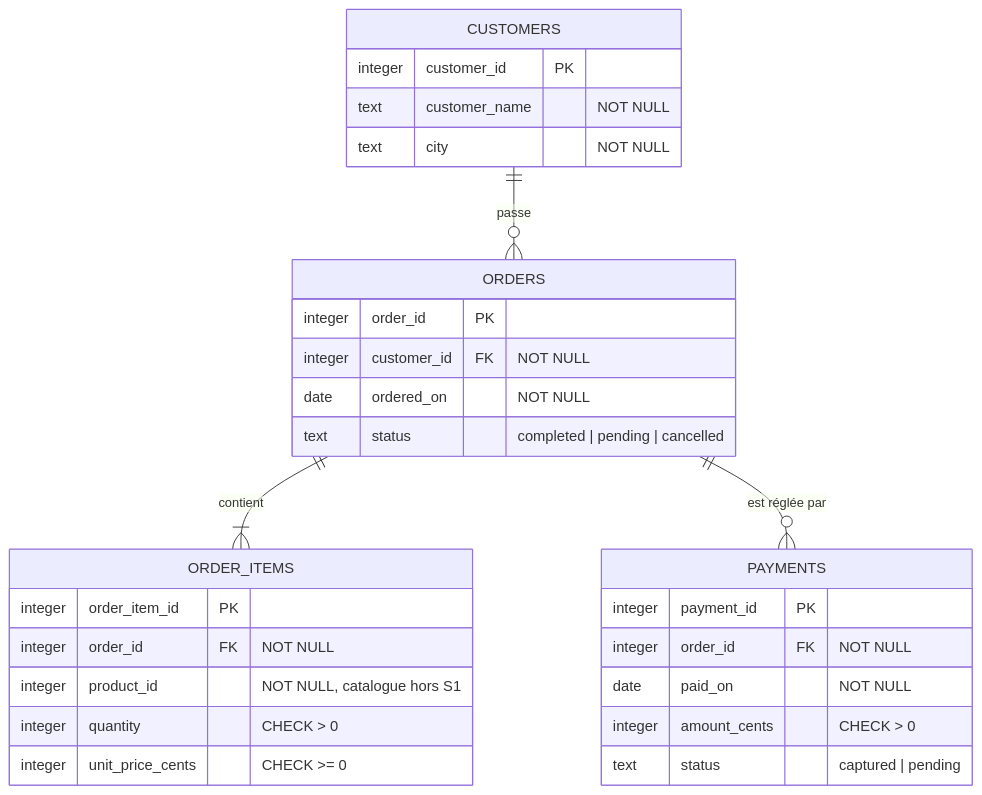
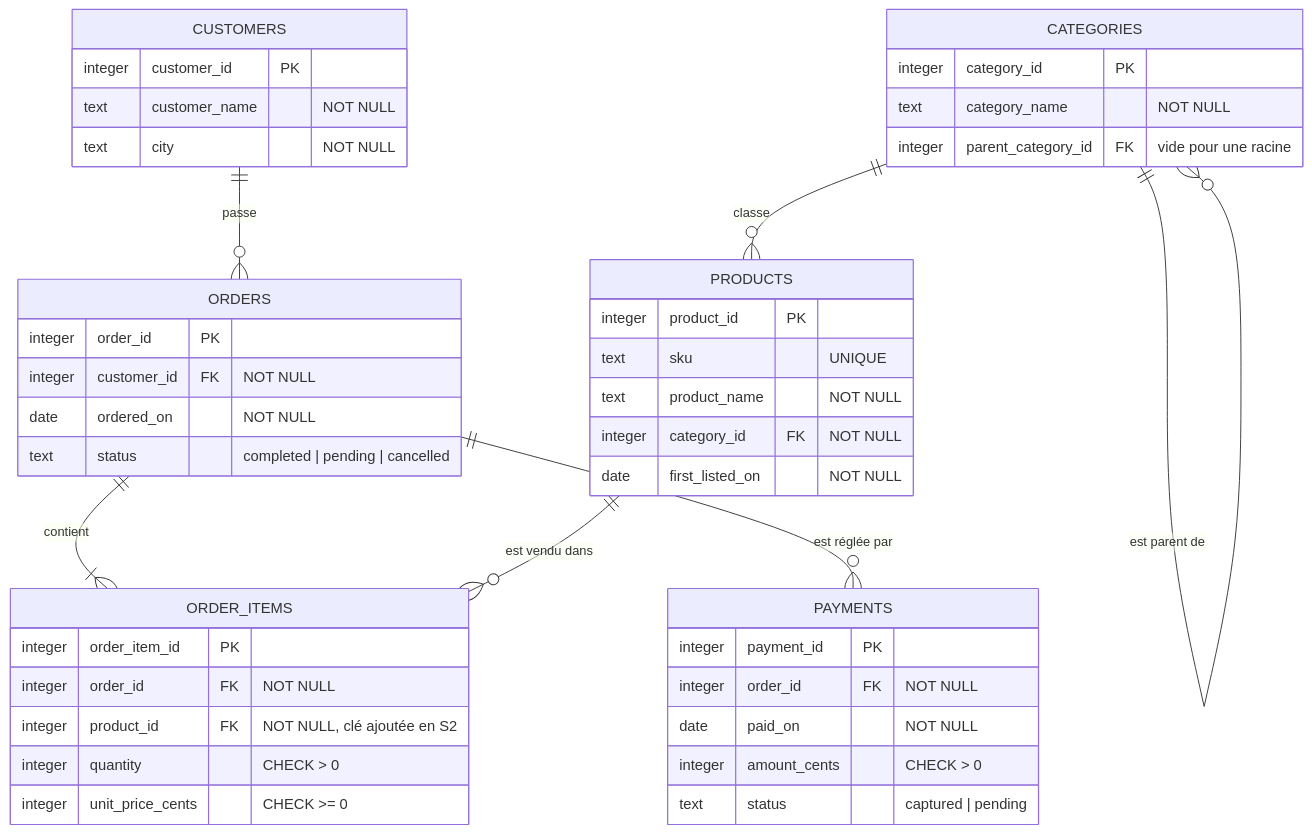
Before and after one commit to theod-maker/novamarket: the diagram in docs/modele.md, drawn with Mermaid. The commit also changed other lines of this file and 4 other files, not shown here.

````diff
--- a/docs/modele.md
+++ b/docs/modele.md
@@ -20,32 +19,47 @@
 ```mermaid
 erDiagram
     CUSTOMERS ||--o{ ORDERS : passe
     ORDERS ||--|{ ORDER_ITEMS : contient
     ORDERS ||--o{ PAYMENTS : "est réglée par"
+    PRODUCTS ||--o{ ORDER_ITEMS : "est vendu dans"
+    CATEGORIES ||--o{ PRODUCTS : classe
+    CATEGORIES ||--o{ CATEGORIES : "est parent de"
 
     CUSTOMERS {
         integer customer_id PK
         text customer_name "NOT NULL"
         text city "NOT NULL"
     }
     ORDERS {
         integer order_id PK
         integer customer_id FK "NOT NULL"
         date ordered_on "NOT NULL"
         text status "completed | pending | cancelled"
     }
     ORDER_ITEMS {
         integer order_item_id PK
         integer order_id FK "NOT NULL"
-        integer product_id "NOT NULL, catalogue hors S1"
+        integer product_id FK "NOT NULL, clé ajoutée en S2"
         integer quantity "CHECK > 0"
         integer unit_price_cents "CHECK >= 0"
     }
     PAYMENTS {
         integer payment_id PK
         integer order_id FK "NOT NULL"
         date paid_on "NOT NULL"
         integer amount_cents "CHECK > 0"
         text status "captured | pending"
     }
+    PRODUCTS {
+        integer product_id PK
+        text sku "UNIQUE"
+        text product_name "NOT NULL"
+        integer category_id FK "NOT NULL"
+        date first_listed_on "NOT NULL"
+    }
+    CATEGORIES {
+        integer category_id PK
+        text category_name "NOT NULL"
+        integer parent_category_id FK "vide pour une racine"
+    }
 ```
````
